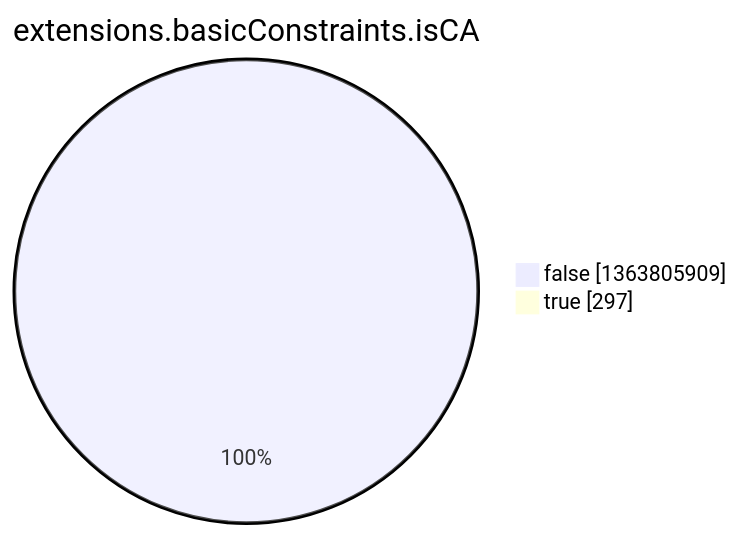
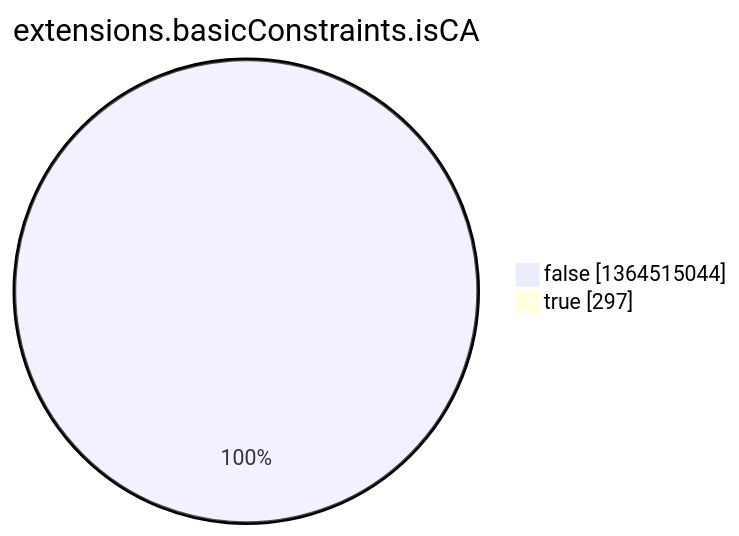
Before and after one commit to christiankrug/ctmonitor_visualization: the eighth of 15 diagrams in argon2022/README.md, drawn with Mermaid. The commit also changed other lines of this file, not shown here.

````diff
--- a/argon2022/README.md
+++ b/argon2022/README.md
@@ -2758,6 +2758,6 @@
 ```mermaid
 pie showData
 title extensions.basicConstraints.isCA
-"false" :1363805909
+"false" :1364515044
 "true" :297
 ```
````
